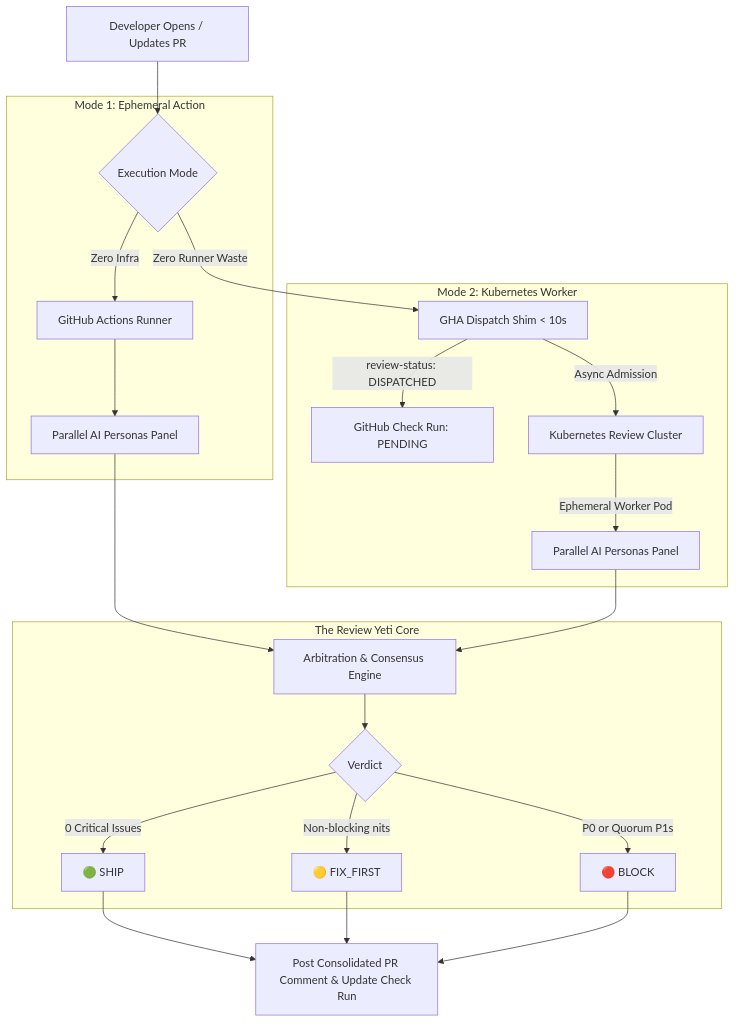
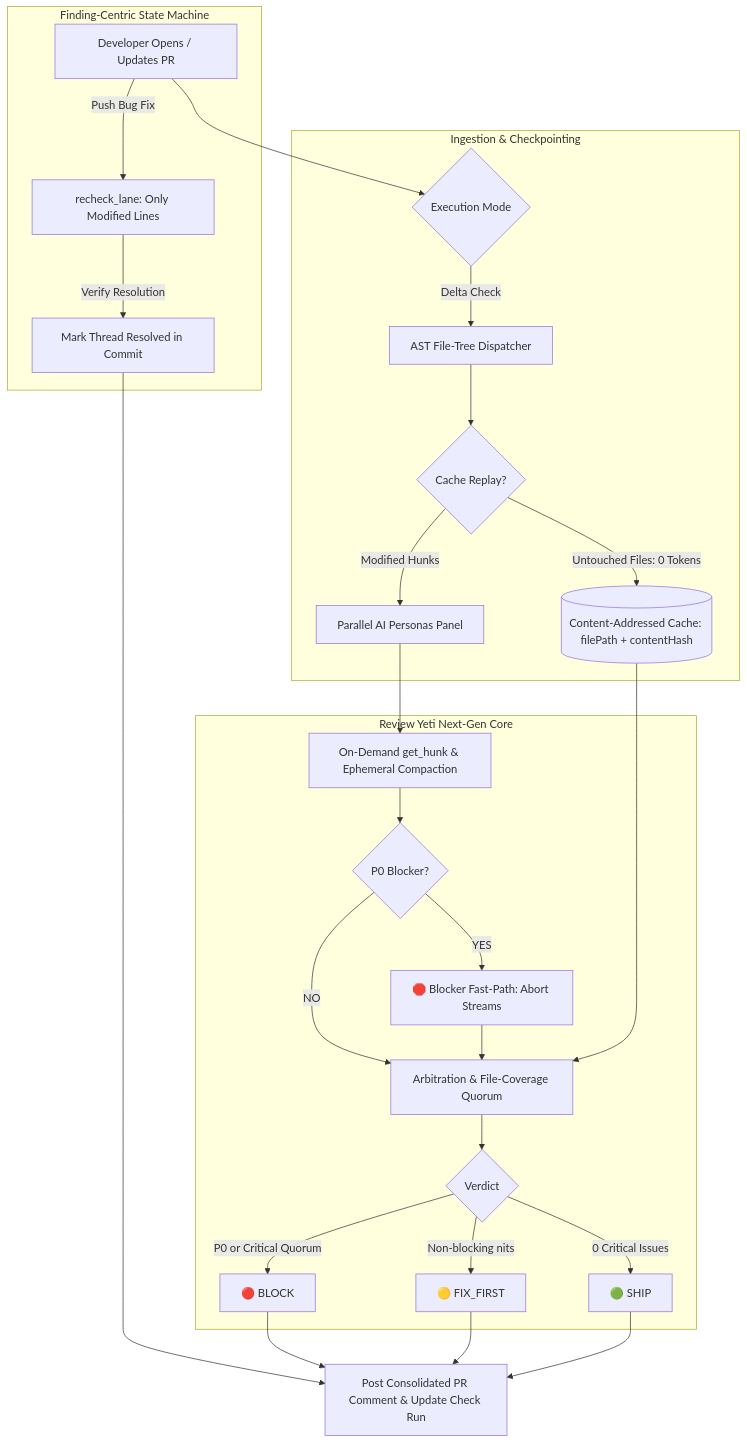
One commit to review-yeti-ai/review-yeti-bot changed the diagram in README.md. Above: the diagram before and after it, drawn with Mermaid. The commit also changed other lines of this file and 81 other files, not shown here.

Commit message:
feat(review): implement next-gen architecture with finding state machine, unbounded ast streaming, content-addressed checkpoints, blocker fast-path, and deterministic sast

````diff
--- a/README.md
+++ b/README.md
@@ -51,29 +55,34 @@
 ```mermaid
 graph TD
     PR[Developer Opens / Updates PR] --> Choice{Execution Mode}
 
-    subgraph Mode 1: Ephemeral Action
-        Choice -->|Zero Infra| GHA[GitHub Actions Runner]
-        GHA --> Panel1[Parallel AI Personas Panel]
+    subgraph Ingestion & Checkpointing
+        Choice -->|Delta Check| Diff[AST File-Tree Dispatcher]
+        Diff --> CacheCheck{Cache Replay?}
+        CacheCheck -->|Untouched Files: 0 Tokens| Replay[(Content-Addressed Cache: filePath + contentHash)]
+        CacheCheck -->|Modified Hunks| Dispatch[Parallel AI Personas Panel]
     end
 
-    subgraph Mode 2: Kubernetes Worker
-        Choice -->|Zero Runner Waste| Shim[GHA Dispatch Shim < 10s]
-        Shim -->|review-status: DISPATCHED| CheckRun1[GitHub Check Run: PENDING]
-        Shim -->|Async Admission| K8S[Kubernetes Review Cluster]
-        K8S -->|Ephemeral Worker Pod| Panel2[Parallel AI Personas Panel]
-    end
-
-    subgraph The Review Yeti Core
-        Panel1 --> Arb[Arbitration & Consensus Engine]
-        Panel2 --> Arb
+    subgraph Review Yeti Next-Gen Core
+        Dispatch --> Tool[On-Demand get_hunk & Ephemeral Compaction]
+        Tool --> FastPath{P0 Blocker?}
+        FastPath -->|YES| EarlyExit[🛑 Blocker Fast-Path: Abort Streams]
+        FastPath -->|NO| Arb[Arbitration & File-Coverage Quorum]
+        Replay --> Arb
+        EarlyExit --> Arb
         Arb --> Verdict{Verdict}
         Verdict -->|0 Critical Issues| Ship[🟢 SHIP]
         Verdict -->|Non-blocking nits| Fix[🟡 FIX_FIRST]
-        Verdict -->|P0 or Quorum P1s| Block[🔴 BLOCK]
+        Verdict -->|P0 or Critical Quorum| Block[🔴 BLOCK]
+    end
+
+    subgraph Finding-Centric State Machine
+        PR -->|Push Bug Fix| Recheck[recheck_lane: Only Modified Lines]
+        Recheck -->|Verify Resolution| Resolve[Mark Thread Resolved in Commit]
     end
 
     Ship --> Output[Post Consolidated PR Comment & Update Check Run]
     Fix --> Output
     Block --> Output
+    Resolve --> Output
 ```
````
